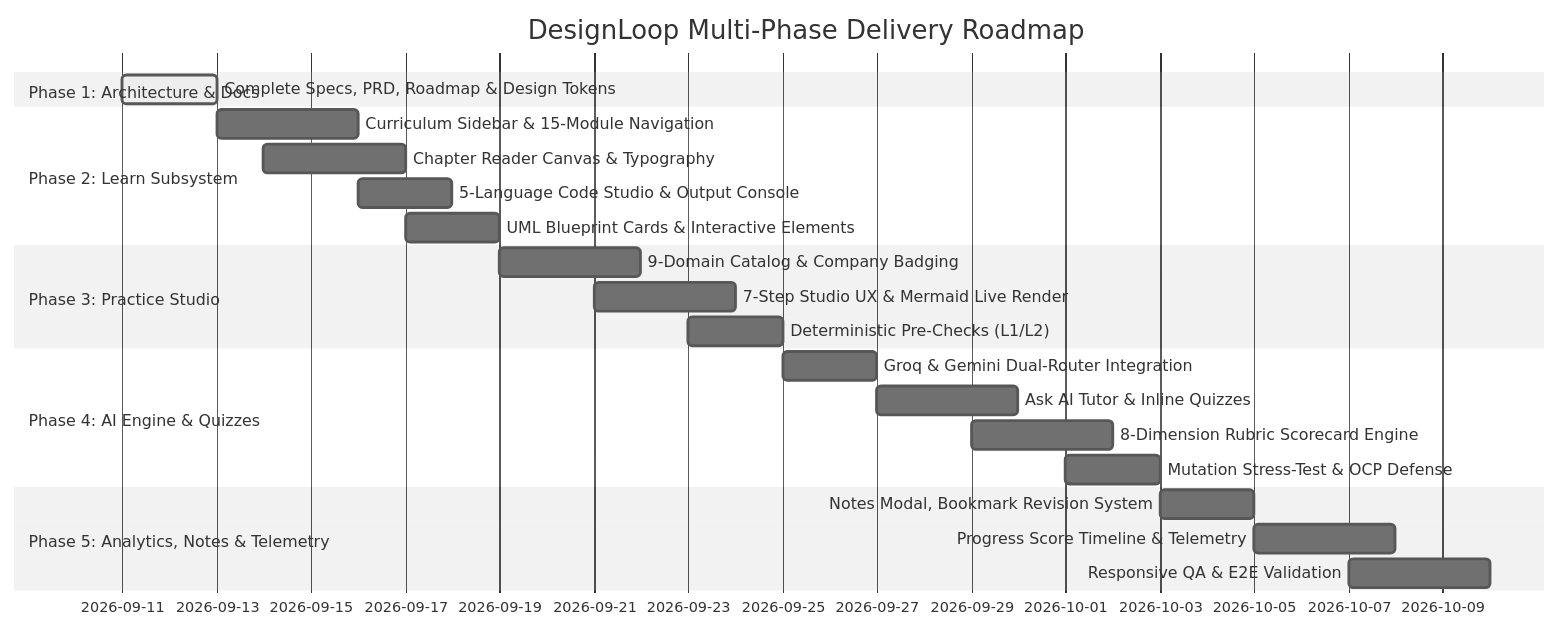
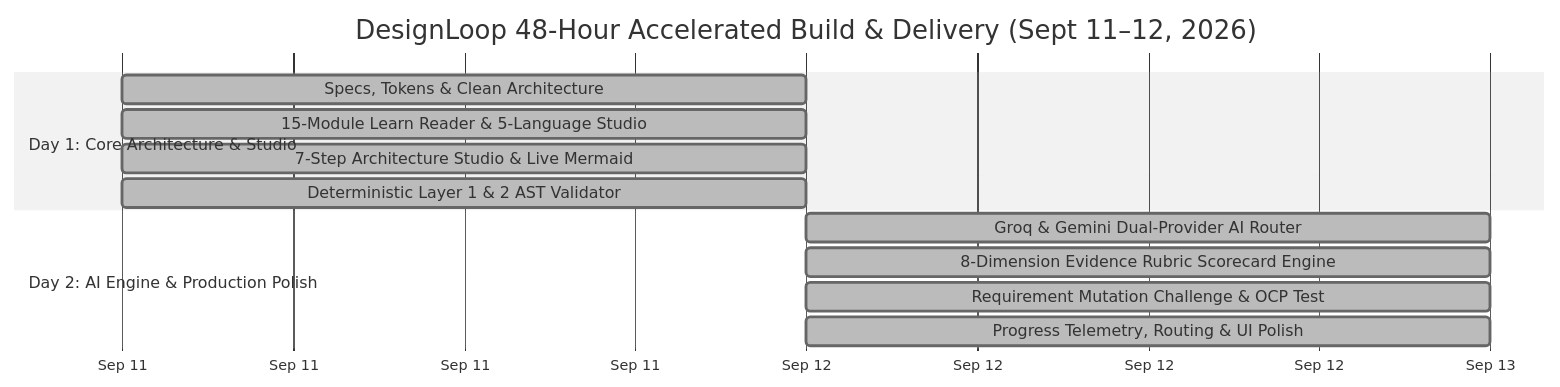
The second of 2 diagrams in docs/MASTER_ROADMAP_LLD_PLATFORM.md (SachinManral/DesignLoop), drawn with Mermaid (neutral theme) before and after one commit. The commit also changed 1 other file, not shown here.

Commit message:
Update roadmap and sprint plan to reflect actual 2-day build delivery

````diff
--- a/docs/MASTER_ROADMAP_LLD_PLATFORM.md
+++ b/docs/MASTER_ROADMAP_LLD_PLATFORM.md
@@ -62,25 +62,16 @@
 ```mermaid
 gantt
-    title DesignLoop Multi-Phase Delivery Roadmap
+    title DesignLoop 48-Hour Accelerated Build & Delivery (Sept 11–12, 2026)
     dateFormat  YYYY-MM-DD
-    section Phase 1: Architecture & Docs
-    Complete Specs, PRD, Roadmap & Design Tokens :active, p1_1, 2026-09-11, 2d
-    section Phase 2: Learn Subsystem
-    Curriculum Sidebar & 15-Module Navigation   :p2_1, 2026-09-13, 3d
-    Chapter Reader Canvas & Typography           :p2_2, 2026-09-14, 3d
-    5-Language Code Studio & Output Console      :p2_3, 2026-09-16, 2d
-    UML Blueprint Cards & Interactive Elements   :p2_4, 2026-09-17, 2d
-    section Phase 3: Practice Studio
-    9-Domain Catalog & Company Badging           :p3_1, 2026-09-19, 3d
-    7-Step Studio UX & Mermaid Live Render       :p3_2, 2026-09-21, 3d
-    Deterministic Pre-Checks (L1/L2)             :p3_3, 2026-09-23, 2d
-    section Phase 4: AI Engine & Quizzes
-    Groq & Gemini Dual-Router Integration        :p4_1, 2026-09-25, 2d
-    Ask AI Tutor & Inline Quizzes                :p4_2, 2026-09-27, 3d
-    8-Dimension Rubric Scorecard Engine          :p4_3, 2026-09-29, 3d
-    Mutation Stress-Test & OCP Defense           :p4_4, 2026-10-01, 2d
-    section Phase 5: Analytics, Notes & Telemetry
-    Notes Modal, Bookmark Revision System        :p5_1, 2026-10-03, 2d
-    Progress Score Timeline & Telemetry          :p5_2, 2026-10-05, 3d
-    Responsive QA & E2E Validation               :p5_3, 2026-10-07, 3d
+    axisFormat  %b %d
+    section Day 1: Core Architecture & Studio
+    Specs, Tokens & Clean Architecture          :done, d1_1, 2026-09-11, 1d
+    15-Module Learn Reader & 5-Language Studio  :done, d1_2, 2026-09-11, 1d
+    7-Step Architecture Studio & Live Mermaid   :done, d1_3, 2026-09-11, 1d
+    Deterministic Layer 1 & 2 AST Validator    :done, d1_4, 2026-09-11, 1d
+    section Day 2: AI Engine & Production Polish
+    Groq & Gemini Dual-Provider AI Router       :done, d2_1, 2026-09-12, 1d
+    8-Dimension Evidence Rubric Scorecard Engine:done, d2_2, 2026-09-12, 1d
+    Requirement Mutation Challenge & OCP Test   :done, d2_3, 2026-09-12, 1d
+    Progress Telemetry, Routing & UI Polish     :done, d2_4, 2026-09-12, 1d
 ```
````
